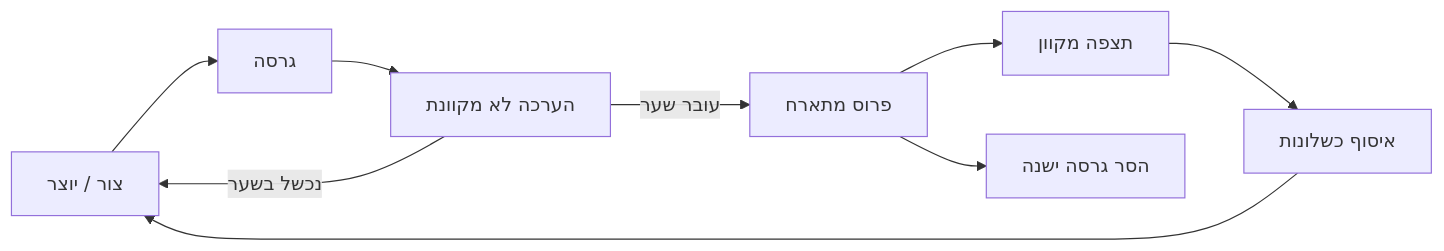
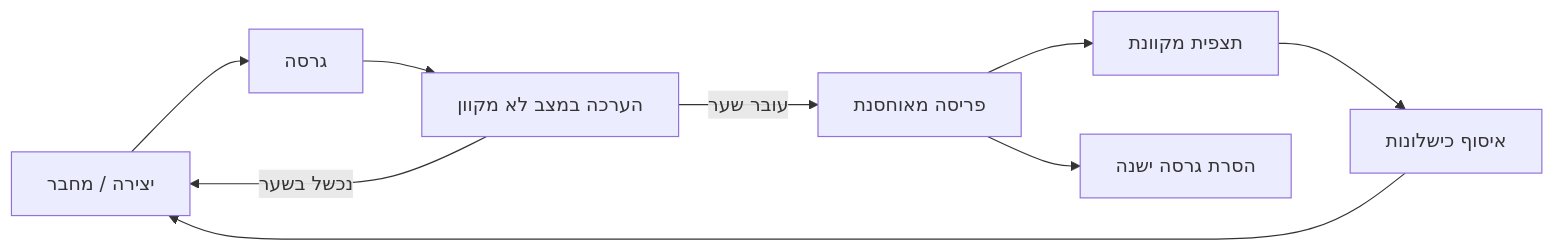
One commit to gabrielmoreira/agent-skills-mirror changed the second of 4 diagrams in mirrors/repos/microsoft@ai-agents-for-beginners/translations/he/16-deploying-scalable-agents/README.md. Above: the diagram before and after it, drawn with Mermaid. The commit also changed other lines of this file and 4262 other files, not shown here.

````diff
--- a/mirrors/repos/microsoft@ai-agents-for-beginners/translations/he/16-deploying-scalable-agents/README.md
+++ b/mirrors/repos/microsoft@ai-agents-for-beginners/translations/he/16-deploying-scalable-agents/README.md
@@ -108,11 +108,11 @@
 ```mermaid
 flowchart LR
-    Create[צור / יוצר] --> Version[גרסה]
-    Version --> Evaluate[הערכה לא מקוונת]
-    Evaluate -->|עובר שער| Deploy[פרוס מתארח]
+    Create[יצירה / מחבר] --> Version[גרסה]
+    Version --> Evaluate[הערכה במצב לא מקוון]
+    Evaluate -->|עובר שער| Deploy[פריסה מאוחסנת]
     Evaluate -->|נכשל בשער| Create
-    Deploy --> Observe[תצפה מקוון]
-    Observe --> Improve[איסוף כשלונות]
+    Deploy --> Observe[תצפית מקוונת]
+    Observe --> Improve[איסוף כישלונות]
     Improve --> Create
-    Deploy --> Retire[הסר גרסה ישנה]
+    Deploy --> Retire[הסרת גרסה ישנה]
 ```
````
